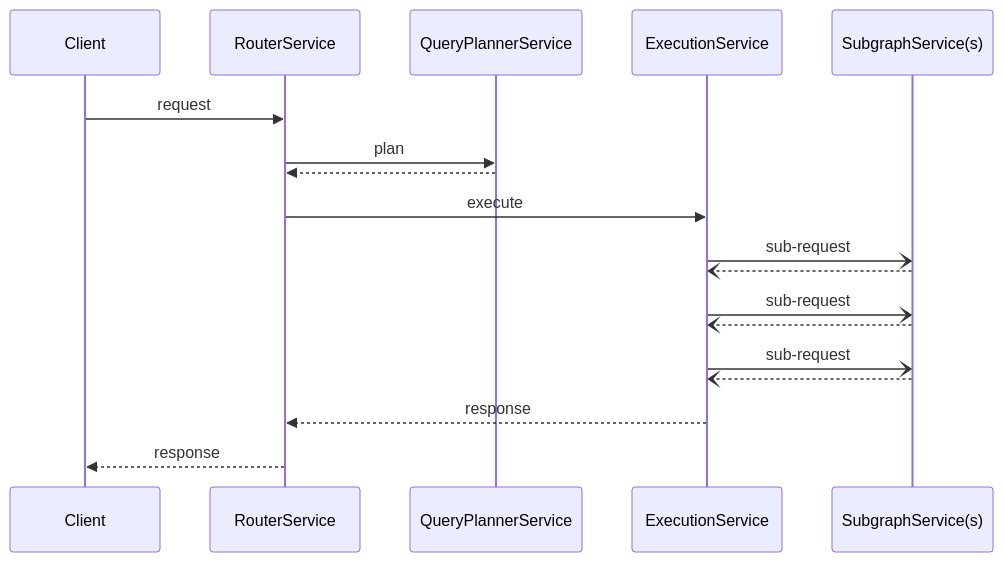
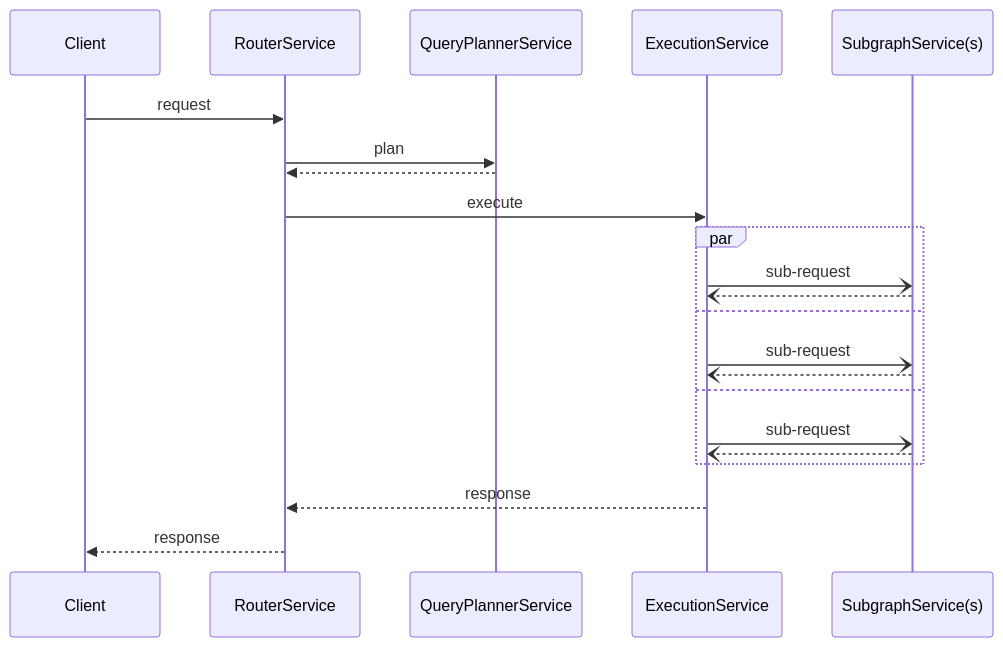
Before and after one commit to apollographql/router: the diagram in docs/source/customizations/overview.mdx, drawn with Mermaid. The commit also changed 1 other file, not shown here.

Commit message:
Improve sequence diagrams.

````diff
--- a/docs/source/customizations/overview.mdx
+++ b/docs/source/customizations/overview.mdx
@@ -30,21 +30,25 @@
 ```mermaid
 sequenceDiagram
     participant Client
     participant RouterService
     participant QueryPlannerService
     participant ExecutionService
     participant SubgraphService(s)
 
     Client->>RouterService: request
     RouterService->>QueryPlannerService: plan
     QueryPlannerService-->>RouterService: 
     RouterService->>ExecutionService: execute
+    par
     ExecutionService-)SubgraphService(s): sub-request
     SubgraphService(s)--)ExecutionService: 
+    and 
     ExecutionService-)SubgraphService(s): sub-request
     SubgraphService(s)--)ExecutionService: 
+    and 
     ExecutionService-)SubgraphService(s): sub-request
     SubgraphService(s)--)ExecutionService: 
+    end 
     ExecutionService-->>RouterService: response
     RouterService-->>Client: response
 ```
````
